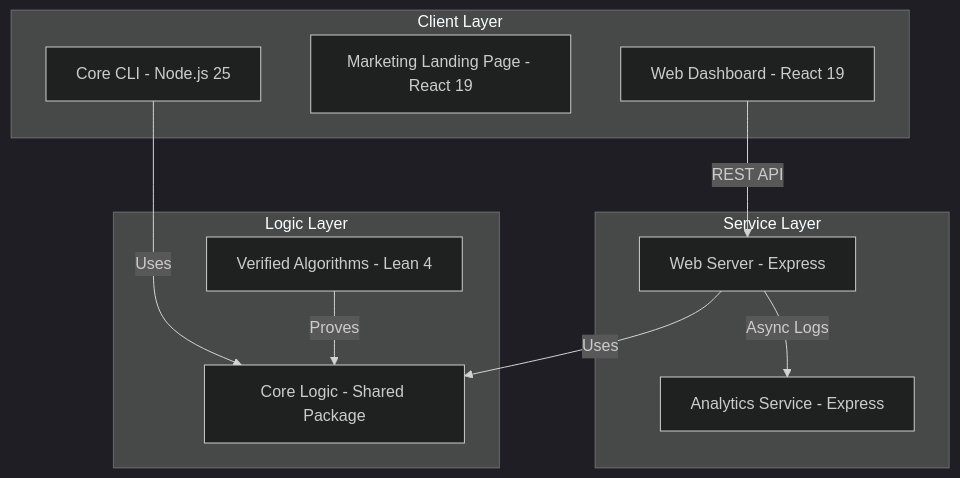
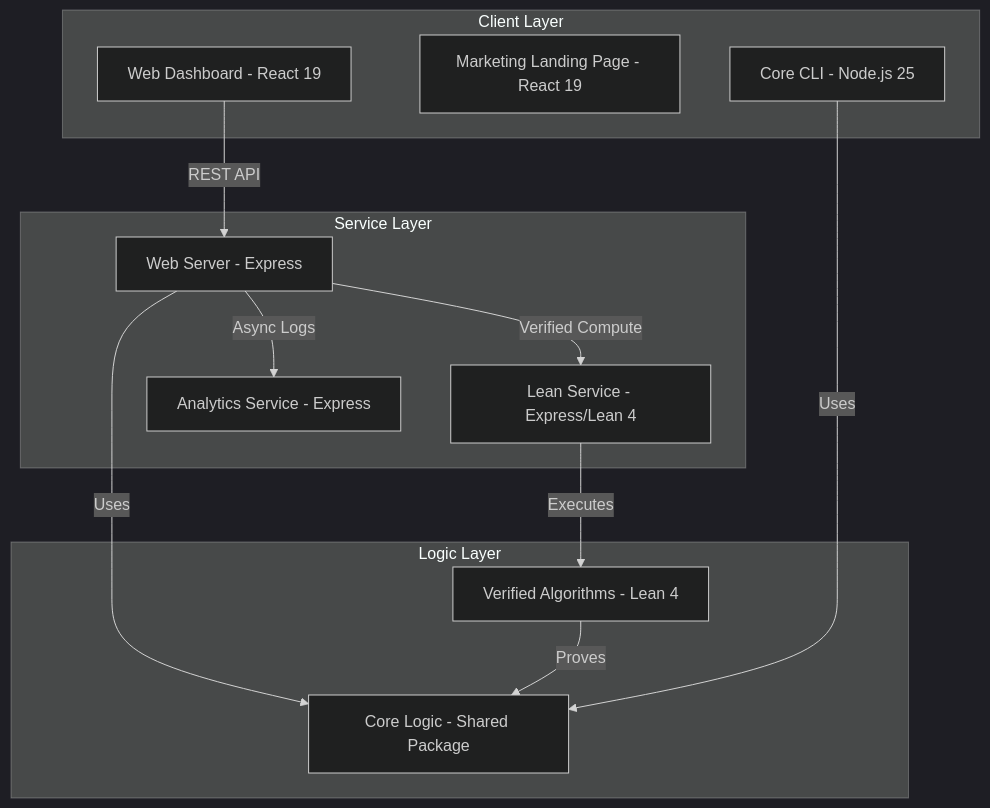
One commit to CamJohnson26/agent-first-fizzbuzz-scalable changed the second of 2 diagrams in README.md. Above: the diagram before and after it, drawn with Mermaid (dark theme). The commit also changed other lines of this file and 13 other files, not shown here.

First line of the commit message:
feat(lean): expose Lean as a service and add engine selection to UI (F082)

````diff
--- a/README.md
+++ b/README.md
@@ -59,24 +59,27 @@
 ```mermaid
 graph TD
     subgraph Client_Layer [Client Layer]
         WD[Web Dashboard - React 19]
         LP[Marketing Landing Page - React 19]
         CLI[Core CLI - Node.js 25]
     end
 
     subgraph Service_Layer [Service Layer]
         WS[Web Server - Express]
         AS[Analytics Service - Express]
+        LS[Lean Service - Express/Lean 4]
     end
 
     subgraph Logic_Layer [Logic Layer]
         CL[Core Logic - Shared Package]
         VA[Verified Algorithms - Lean 4]
     end
 
     WD -- REST API --> WS
     WS -- Uses --> CL
     WS -- Async Logs --> AS
+    WS -- Verified Compute --> LS
     CLI -- Uses --> CL
     VA -- Proves --> CL
+    LS -- Executes --> VA
 ```
````
